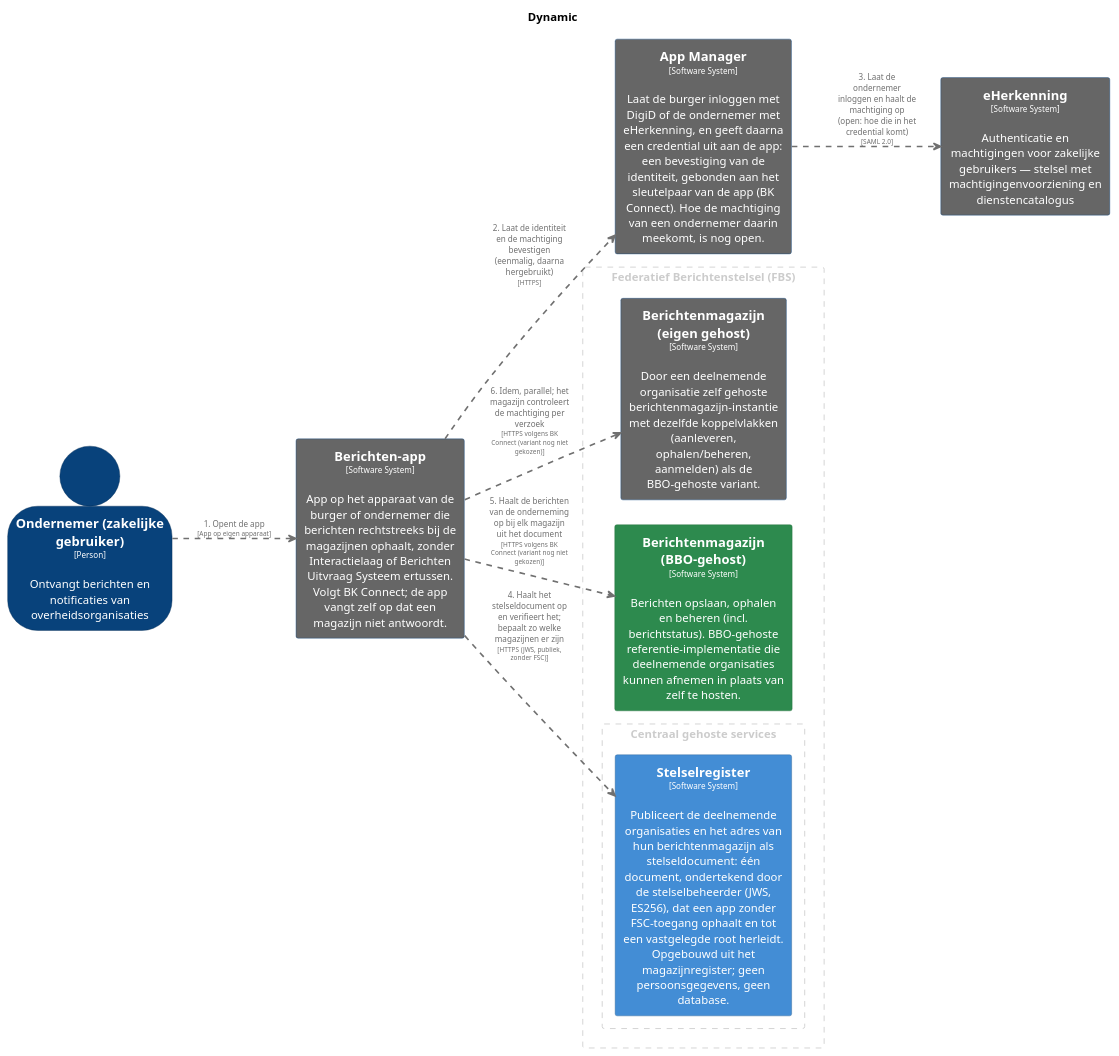
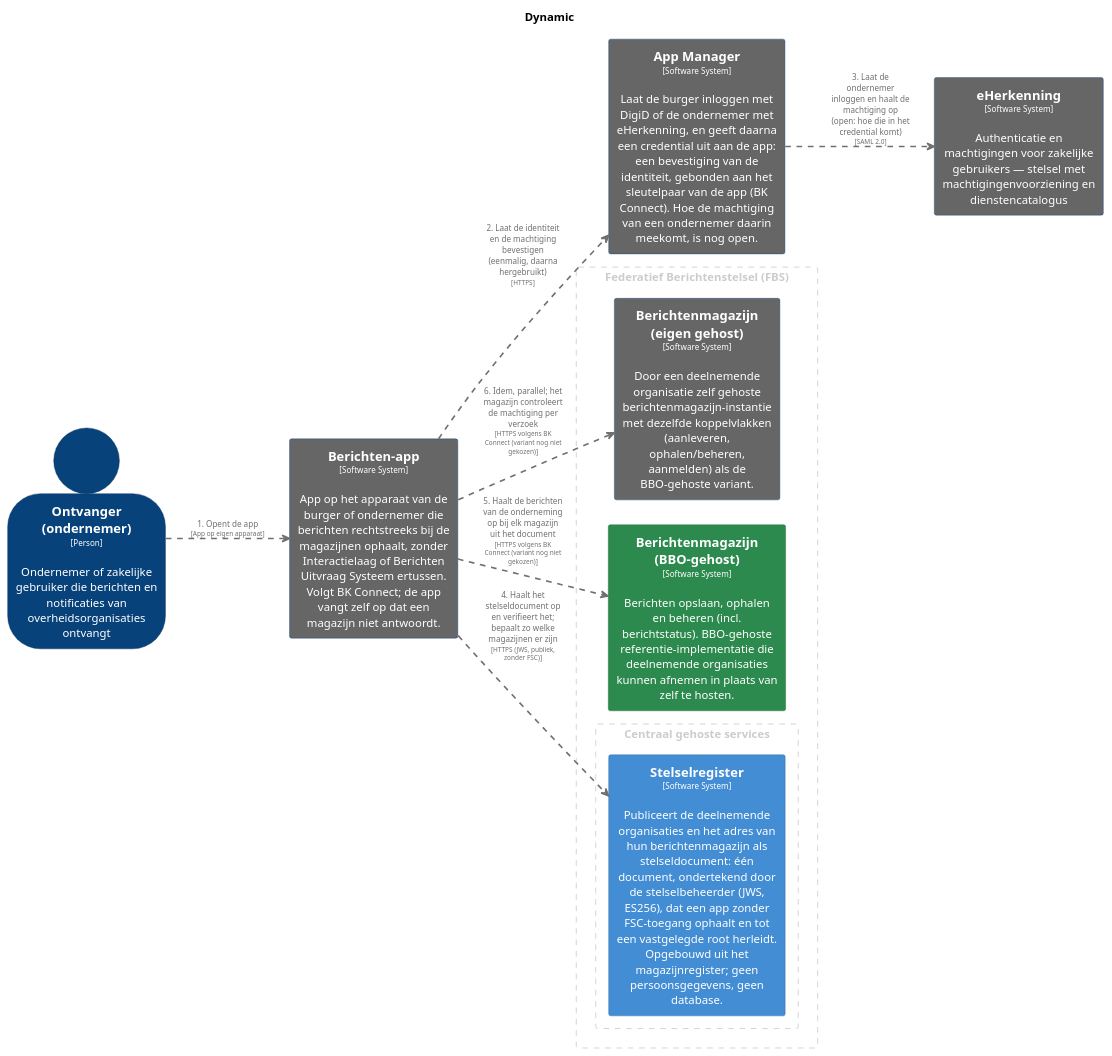
Before and after one commit to MinBZK/moza-poc-fbs-berichtenbox: the diagram in pr-preview/pr-447/master/puml/RechtstreeksOphalenOndernemer.puml, drawn with PlantUML. The commit also changed 114 other files, not shown here.

```diff
--- a/pr-preview/pr-447/master/puml/RechtstreeksOphalenOndernemer.puml
+++ b/pr-preview/pr-447/master/puml/RechtstreeksOphalenOndernemer.puml
@@ -1,88 +1,88 @@
 @startuml
 set separator none
 title Dynamic
 
 left to right direction
 skinparam ranksep 60
 skinparam nodesep 30
 
 skinparam {
   arrowFontSize 10
   defaultTextAlignment center
   wrapWidth 200
   maxMessageSize 100
 }
 
 hide stereotype
 
 skinparam rectangle<<AppManager>> {
   BackgroundColor #666666
   FontColor #ffffff
   BorderColor #0b4884
   shadowing false
 }
 skinparam rectangle<<Berichtenapp>> {
   BackgroundColor #666666
   FontColor #ffffff
   BorderColor #0b4884
   shadowing false
 }
 skinparam rectangle<<BerichtenmagazijnBBOgehost>> {
   BackgroundColor #2d8a4e
   FontColor #ffffff
   BorderColor #1e6b38
   shadowing false
 }
 skinparam rectangle<<Berichtenmagazijneigengehost>> {
   BackgroundColor #666666
   FontColor #ffffff
   BorderColor #0b4884
   shadowing false
 }
-skinparam person<<Ondernemerzakelijkegebruiker>> {
+skinparam person<<Ontvangerondernemer>> {
   BackgroundColor #08427b
   FontColor #ffffff
   BorderColor #052e56
   shadowing false
 }
 skinparam rectangle<<Stelselregister>> {
   BackgroundColor #438dd5
   FontColor #ffffff
   BorderColor #2e6295
   shadowing false
 }
 skinparam rectangle<<eHerkenning>> {
   BackgroundColor #666666
   FontColor #ffffff
   BorderColor #0b4884
   shadowing false
 }
 
 rectangle "Federatief Berichtenstelsel (FBS)" <<group1>> as group1 {
   skinparam RectangleBorderColor<<group1>> #cccccc
   skinparam RectangleFontColor<<group1>> #cccccc
   skinparam RectangleBorderStyle<<group1>> dashed
 
   rectangle "==Berichtenmagazijn (eigen gehost)\n<size:10>[Software System]</size>\n\nDoor een deelnemende organisatie zelf gehoste berichtenmagazijn-instantie met dezelfde koppelvlakken (aanleveren, ophalen/beheren, aanmelden) als de BBO-gehoste variant." <<Berichtenmagazijneigengehost>> as Berichtenmagazijneigengehost
   rectangle "==Berichtenmagazijn (BBO-gehost)\n<size:10>[Software System]</size>\n\nBerichten opslaan, ophalen en beheren (incl. berichtstatus). BBO-gehoste referentie-implementatie die deelnemende organisaties kunnen afnemen in plaats van zelf te hosten." <<BerichtenmagazijnBBOgehost>> as BerichtenmagazijnBBOgehost
     rectangle "Centraal gehoste services" <<group2>> as group2 {
       skinparam RectangleBorderColor<<group2>> #cccccc
       skinparam RectangleFontColor<<group2>> #cccccc
       skinparam RectangleBorderStyle<<group2>> dashed
 
       rectangle "==Stelselregister\n<size:10>[Software System]</size>\n\nPubliceert de deelnemende organisaties en het adres van hun berichtenmagazijn als stelseldocument: één document, ondertekend door de stelselbeheerder (JWS, ES256), dat een app zonder FSC-toegang ophaalt en tot een vastgelegde root herleidt. Opgebouwd uit het magazijnregister; geen persoonsgegevens, geen database." <<Stelselregister>> as Stelselregister
     }
 
 }
 
 rectangle "==Berichten-app\n<size:10>[Software System]</size>\n\nApp op het apparaat van de burger of ondernemer die berichten rechtstreeks bij de magazijnen ophaalt, zonder Interactielaag of Berichten Uitvraag Systeem ertussen. Volgt BK Connect; de app vangt zelf op dat een magazijn niet antwoordt." <<Berichtenapp>> as Berichtenapp
 rectangle "==App Manager\n<size:10>[Software System]</size>\n\nLaat de burger inloggen met DigiD of de ondernemer met eHerkenning, en geeft daarna een credential uit aan de app: een bevestiging van de identiteit, gebonden aan het sleutelpaar van de app (BK Connect). Hoe de machtiging van een ondernemer daarin meekomt, is nog open." <<AppManager>> as AppManager
-person "==Ondernemer (zakelijke gebruiker)\n<size:10>[Person]</size>\n\nOntvangt berichten en notificaties van overheidsorganisaties" <<Ondernemerzakelijkegebruiker>> as Ondernemerzakelijkegebruiker
+person "==Ontvanger (ondernemer)\n<size:10>[Person]</size>\n\nOndernemer of zakelijke gebruiker die berichten en notificaties van overheidsorganisaties ontvangt" <<Ontvangerondernemer>> as Ontvangerondernemer
 rectangle "==eHerkenning\n<size:10>[Software System]</size>\n\nAuthenticatie en machtigingen voor zakelijke gebruikers — stelsel met machtigingenvoorziening en dienstencatalogus" <<eHerkenning>> as eHerkenning
-Ondernemerzakelijkegebruiker .[#707070,thickness=2].> Berichtenapp : "<color:#707070>1. Opent de app\n<color:#707070><size:8>[App op eigen apparaat]</size>"
+Ontvangerondernemer .[#707070,thickness=2].> Berichtenapp : "<color:#707070>1. Opent de app\n<color:#707070><size:8>[App op eigen apparaat]</size>"
 Berichtenapp .[#707070,thickness=2].> AppManager : "<color:#707070>2. Laat de identiteit en de machtiging bevestigen (eenmalig, daarna hergebruikt)\n<color:#707070><size:8>[HTTPS]</size>"
 AppManager .[#707070,thickness=2].> eHerkenning : "<color:#707070>3. Laat de ondernemer inloggen en haalt de machtiging op (open: hoe die in het credential komt)\n<color:#707070><size:8>[SAML 2.0]</size>"
 Berichtenapp .[#707070,thickness=2].> Stelselregister : "<color:#707070>4. Haalt het stelseldocument op en verifieert het; bepaalt zo welke magazijnen er zijn\n<color:#707070><size:8>[HTTPS (JWS, publiek, zonder FSC)]</size>"
 Berichtenapp .[#707070,thickness=2].> BerichtenmagazijnBBOgehost : "<color:#707070>5. Haalt de berichten van de onderneming op bij elk magazijn uit het document\n<color:#707070><size:8>[HTTPS volgens BK Connect (variant nog niet gekozen)]</size>"
 Berichtenapp .[#707070,thickness=2].> Berichtenmagazijneigengehost : "<color:#707070>6. Idem, parallel; het magazijn controleert de machtiging per verzoek\n<color:#707070><size:8>[HTTPS volgens BK Connect (variant nog niet gekozen)]</size>"
 @enduml
```
